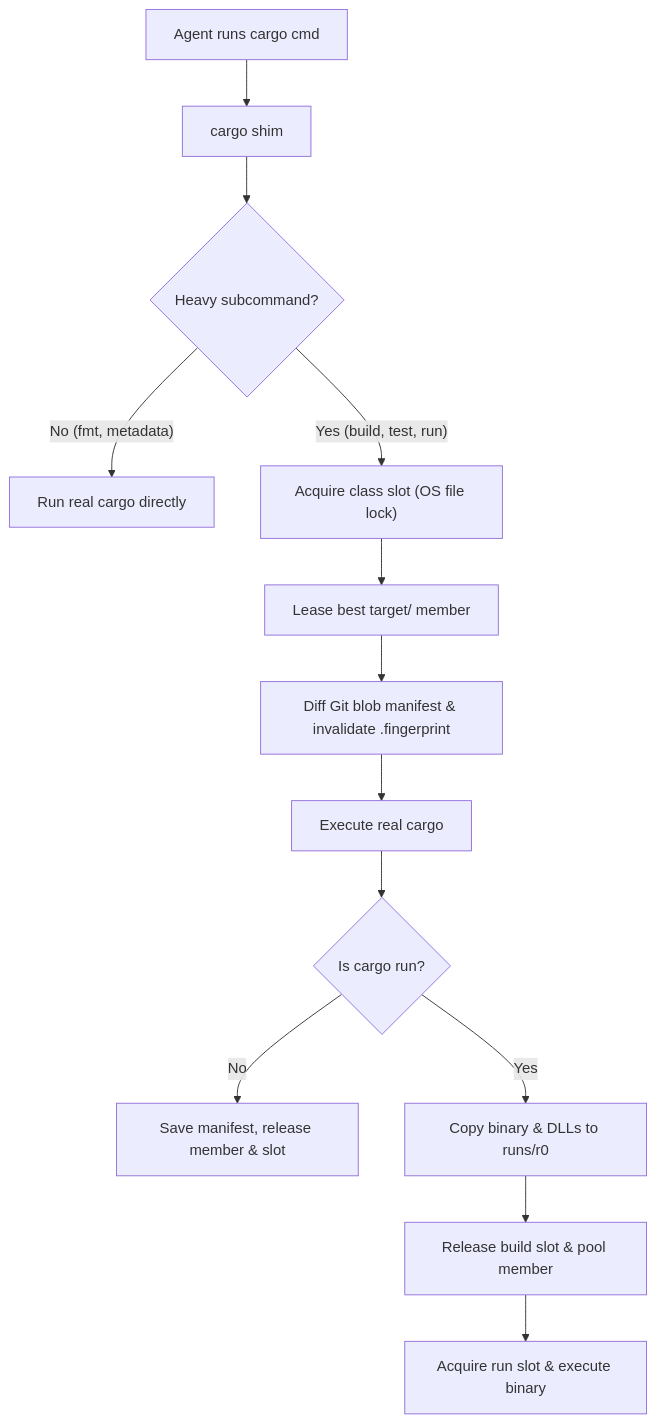
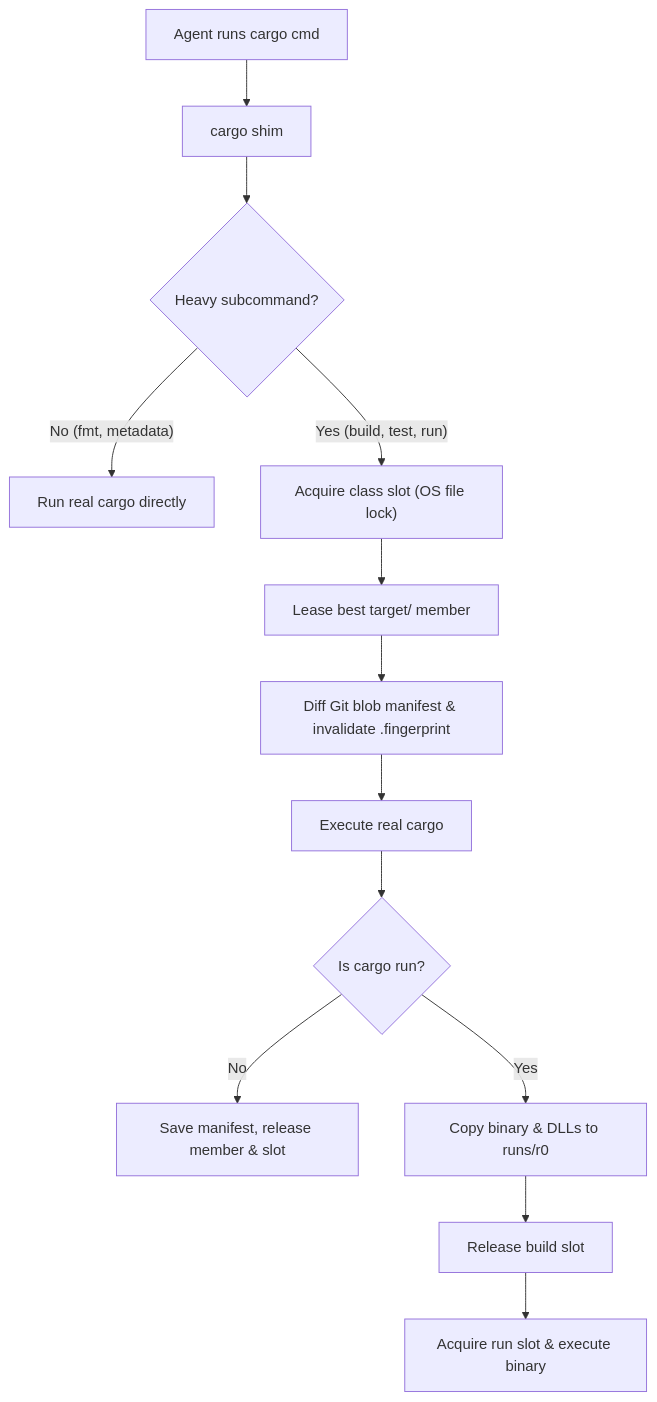
The first of 2 diagrams in docs/architecture.md (r4ai/buildq), drawn with Mermaid before and after one commit. The commit also changed other lines of this file and 7 other files, not shown here.

````diff
--- a/docs/architecture.md
+++ b/docs/architecture.md
@@ -8,15 +8,15 @@
 ```mermaid
 flowchart TD
     Cmd["Agent runs cargo cmd"] --> Shim["cargo shim"]
     Shim --> IsHeavy{"Heavy subcommand?"}
     IsHeavy -- "No (fmt, metadata)" --> Direct["Run real cargo directly"]
     IsHeavy -- "Yes (build, test, run)" --> Queue["Acquire class slot (OS file lock)"]
     Queue --> Pool["Lease best target/ member"]
     Pool --> Manifest["Diff Git blob manifest & invalidate .fingerprint"]
     Manifest --> Cargo["Execute real cargo"]
     Cargo --> IsRun{"Is cargo run?"}
     IsRun -- "No" --> Release["Save manifest, release member & slot"]
     IsRun -- "Yes" --> CopyBin["Copy binary & DLLs to runs/r0"]
-    CopyBin --> ReleaseBuild["Release build slot & pool member"]
+    CopyBin --> ReleaseBuild["Release build slot"]
     ReleaseBuild --> RunSlot["Acquire run slot & execute binary"]
 ```
````
